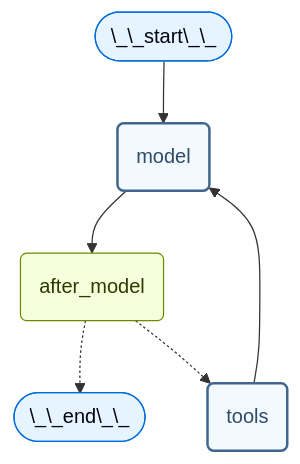
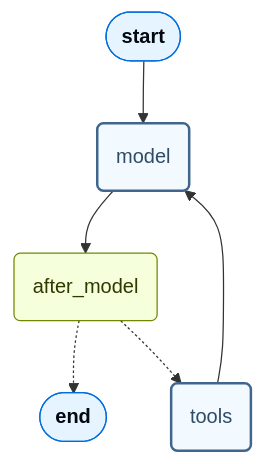
Before and after one commit to Eyre921/ofiicial-developer-docs: the second of 2 diagrams in agent-frameworks/langchain/pages/oss/javascript/langchain/short-term-memory.md, drawn with Mermaid. The commit also changed other lines of this file and 396 other files, not shown here.

````diff
--- a/agent-frameworks/langchain/pages/oss/javascript/langchain/short-term-memory.md
+++ b/agent-frameworks/langchain/pages/oss/javascript/langchain/short-term-memory.md
@@ -823,28 +823,28 @@
 ```mermaid theme={"theme":{"light":"catppuccin-latte","dark":"catppuccin-mocha"}}
 %%{
     init: {
         "fontFamily": "monospace",
         "flowchart": {
         "curve": "basis"
         }
     }
 }%%
 graph TD
-    S(["\_\_start\_\_"])
+    S(["`__start__`"])
     MODEL(model)
     POST(after_model)
     TOOLS(tools)
-    END(["\_\_end\_\_"])
+    END(["`__end__`"])
     S --> MODEL
     MODEL --> POST
     POST -.-> END
     POST -.-> TOOLS
     TOOLS --> MODEL
     classDef blueHighlight fill:#E5F4FF,stroke:#006DDD,color:#030710;
     classDef greenHighlight fill:#F6FFDB,stroke:#6E8900,color:#2E3900;
     classDef neutral fill:#F2FAFF,stroke:#40668D,stroke-width:2px,color:#2F4B68;
     class S blueHighlight;
     class END blueHighlight;
     class POST greenHighlight;
     class MODEL,TOOLS neutral;
 ```
````
